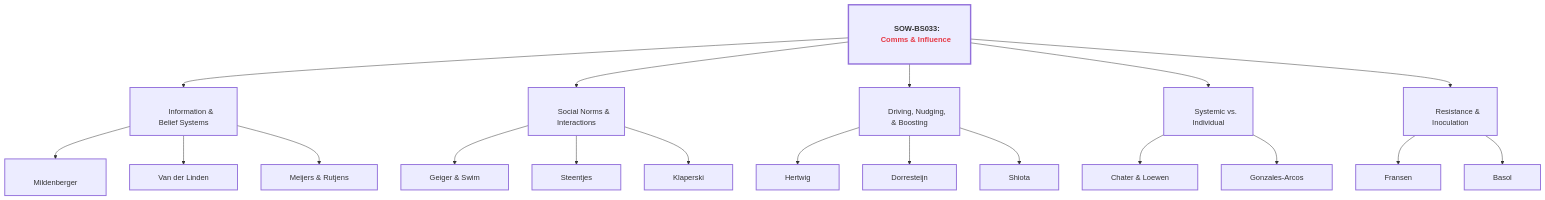
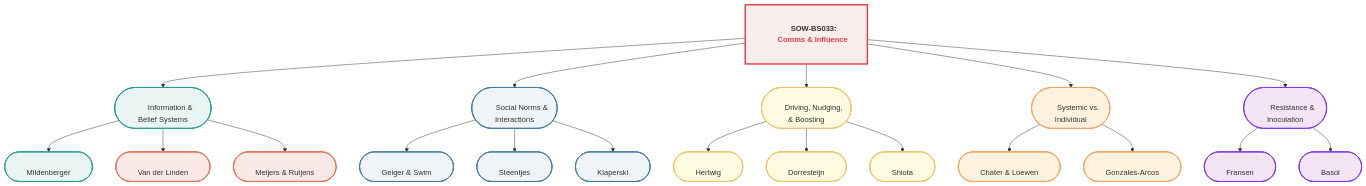
One commit to GM024/CourseSummaries changed the first of 3 diagrams in Communication_Influence/Mastery_Guide_SOW_BS033.md. Above: the diagram before and after it, drawn with Mermaid. The commit also changed other lines of this file, not shown here.

Commit message:
Update Mastery Guide: Add color-coded diagrams, click-down glossaries, and expand weeks 4-6

````diff
--- a/Communication_Influence/Mastery_Guide_SOW_BS033.md
+++ b/Communication_Influence/Mastery_Guide_SOW_BS033.md
@@ -15,30 +15,35 @@
 ```mermaid
 %%{init: { 'flowchart': { 'padding': 30, 'useMaxWidth': false, 'htmlLabels': true }, 'theme': 'neutral', 'themeVariables': { 'fontSize': '12px', 'fontFamily': '-apple-system,BlinkMacSystemFont,"Segoe UI",Helvetica,Arial,sans-serif' }}}%%
 graph TD
-    classDef sandbox stroke-width:2px;
-    classDef hub stroke-width:3px,font-weight:bold;
+    classDef hub fill:#f8edeb,stroke:#e63946,stroke-width:3px,font-weight:bold;
+    classDef week1 fill:#e9f5f2,stroke:#2a9d8f,stroke-width:2px;
+    classDef week2 fill:#eef4f7,stroke:#457b9d,stroke-width:2px;
+    classDef week3 fill:#fefae0,stroke:#e9c46a,stroke-width:2px;
+    classDef week4 fill:#fff3e0,stroke:#f4a261,stroke-width:2px;
+    classDef week5 fill:#fbe9e7,stroke:#e76f51,stroke-width:2px;
+    classDef week6 fill:#f3e5f5,stroke:#8338ec,stroke-width:2px;
 
-    A["<br/>&nbsp;&nbsp;&nbsp;&nbsp;&nbsp;&nbsp; SOW-BS033:<br/>&nbsp;&nbsp;&nbsp;&nbsp;&nbsp;&nbsp; <span style='color:#e63946'><b>Comms & Influence</b></span> &nbsp;&nbsp;&nbsp;&nbsp;&nbsp;&nbsp;<br/>"]:::hub --> B["<br/>&nbsp;&nbsp;&nbsp;&nbsp;&nbsp;&nbsp; Information &<br/>&nbsp;&nbsp;&nbsp;&nbsp;&nbsp;&nbsp; Belief Systems &nbsp;&nbsp;&nbsp;&nbsp;&nbsp;&nbsp;<br/>"]:::sandbox
-    A --> C["<br/>&nbsp;&nbsp;&nbsp;&nbsp;&nbsp;&nbsp; Social Norms &<br/>&nbsp;&nbsp;&nbsp;&nbsp;&nbsp;&nbsp; Interactions &nbsp;&nbsp;&nbsp;&nbsp;&nbsp;&nbsp;<br/>"]:::sandbox
-    A --> D["<br/>&nbsp;&nbsp;&nbsp;&nbsp;&nbsp;&nbsp; Driving, Nudging,<br/>&nbsp;&nbsp;&nbsp;&nbsp;&nbsp;&nbsp; & Boosting &nbsp;&nbsp;&nbsp;&nbsp;&nbsp;&nbsp;<br/>"]:::sandbox
-    A --> E["<br/>&nbsp;&nbsp;&nbsp;&nbsp;&nbsp;&nbsp; Systemic vs.<br/>&nbsp;&nbsp;&nbsp;&nbsp;&nbsp;&nbsp; Individual &nbsp;&nbsp;&nbsp;&nbsp;&nbsp;&nbsp;<br/>"]:::sandbox
-    A --> F["<br/>&nbsp;&nbsp;&nbsp;&nbsp;&nbsp;&nbsp; Resistance &<br/>&nbsp;&nbsp;&nbsp;&nbsp;&nbsp;&nbsp; Inoculation &nbsp;&nbsp;&nbsp;&nbsp;&nbsp;&nbsp;<br/>"]:::sandbox
+    A["<br/>&nbsp;&nbsp;&nbsp;&nbsp;&nbsp;&nbsp; SOW-BS033:<br/>&nbsp;&nbsp;&nbsp;&nbsp;&nbsp;&nbsp; <span style='color:#e63946'><b>Comms & Influence</b></span> &nbsp;&nbsp;&nbsp;&nbsp;&nbsp;&nbsp;<br/>"]:::hub --> B(["<br/>&nbsp;&nbsp;&nbsp;&nbsp;&nbsp;&nbsp; Information &<br/>&nbsp;&nbsp;&nbsp;&nbsp;&nbsp;&nbsp; Belief Systems &nbsp;&nbsp;&nbsp;&nbsp;&nbsp;&nbsp;<br/>"]):::week1
+    A --> C(["<br/>&nbsp;&nbsp;&nbsp;&nbsp;&nbsp;&nbsp; Social Norms &<br/>&nbsp;&nbsp;&nbsp;&nbsp;&nbsp;&nbsp; Interactions &nbsp;&nbsp;&nbsp;&nbsp;&nbsp;&nbsp;<br/>"]):::week2
+    A --> D(["<br/>&nbsp;&nbsp;&nbsp;&nbsp;&nbsp;&nbsp; Driving, Nudging,<br/>&nbsp;&nbsp;&nbsp;&nbsp;&nbsp;&nbsp; & Boosting &nbsp;&nbsp;&nbsp;&nbsp;&nbsp;&nbsp;<br/>"]):::week3
+    A --> E(["<br/>&nbsp;&nbsp;&nbsp;&nbsp;&nbsp;&nbsp; Systemic vs.<br/>&nbsp;&nbsp;&nbsp;&nbsp;&nbsp;&nbsp; Individual &nbsp;&nbsp;&nbsp;&nbsp;&nbsp;&nbsp;<br/>"]):::week4
+    A --> F(["<br/>&nbsp;&nbsp;&nbsp;&nbsp;&nbsp;&nbsp; Resistance &<br/>&nbsp;&nbsp;&nbsp;&nbsp;&nbsp;&nbsp; Inoculation &nbsp;&nbsp;&nbsp;&nbsp;&nbsp;&nbsp;<br/>"]):::week6
 
-    B --> B1["<br/>&nbsp;&nbsp;&nbsp;&nbsp;&nbsp;&nbsp; Mildenberger &nbsp;&nbsp;&nbsp;&nbsp;&nbsp;&nbsp;<br/>"]:::sandbox
-    B --> B2["&nbsp;&nbsp;&nbsp;&nbsp;&nbsp;&nbsp; Van der Linden &nbsp;&nbsp;&nbsp;&nbsp;&nbsp;&nbsp;"]:::sandbox
-    B --> B3["&nbsp;&nbsp;&nbsp;&nbsp;&nbsp;&nbsp; Meijers & Rutjens &nbsp;&nbsp;&nbsp;&nbsp;&nbsp;&nbsp;"]:::sandbox
+    B --> B1(["<br/>&nbsp;&nbsp;&nbsp;&nbsp;&nbsp;&nbsp; Mildenberger &nbsp;&nbsp;&nbsp;&nbsp;&nbsp;&nbsp;<br/>"]):::week1
+    B --> B2(["<br/>&nbsp;&nbsp;&nbsp;&nbsp;&nbsp;&nbsp; Van der Linden &nbsp;&nbsp;&nbsp;&nbsp;&nbsp;&nbsp;<br/>"]):::week5
+    B --> B3(["<br/>&nbsp;&nbsp;&nbsp;&nbsp;&nbsp;&nbsp; Meijers & Rutjens &nbsp;&nbsp;&nbsp;&nbsp;&nbsp;&nbsp;<br/>"]):::week5
 
-    C --> C1["&nbsp;&nbsp;&nbsp;&nbsp;&nbsp;&nbsp; Geiger & Swim &nbsp;&nbsp;&nbsp;&nbsp;&nbsp;&nbsp;"]:::sandbox
-    C --> C2["&nbsp;&nbsp;&nbsp;&nbsp;&nbsp;&nbsp; Steentjes &nbsp;&nbsp;&nbsp;&nbsp;&nbsp;&nbsp;"]:::sandbox
-    C --> C3["&nbsp;&nbsp;&nbsp;&nbsp;&nbsp;&nbsp; Klaperski &nbsp;&nbsp;&nbsp;&nbsp;&nbsp;&nbsp;"]:::sandbox
+    C --> C1(["<br/>&nbsp;&nbsp;&nbsp;&nbsp;&nbsp;&nbsp; Geiger & Swim &nbsp;&nbsp;&nbsp;&nbsp;&nbsp;&nbsp;<br/>"]):::week2
+    C --> C2(["<br/>&nbsp;&nbsp;&nbsp;&nbsp;&nbsp;&nbsp; Steentjes &nbsp;&nbsp;&nbsp;&nbsp;&nbsp;&nbsp;<br/>"]):::week2
+    C --> C3(["<br/>&nbsp;&nbsp;&nbsp;&nbsp;&nbsp;&nbsp; Klaperski &nbsp;&nbsp;&nbsp;&nbsp;&nbsp;&nbsp;<br/>"]):::week2
 
-    D --> D1["&nbsp;&nbsp;&nbsp;&nbsp;&nbsp;&nbsp; Hertwig &nbsp;&nbsp;&nbsp;&nbsp;&nbsp;&nbsp;"]:::sandbox
-    D --> D2["&nbsp;&nbsp;&nbsp;&nbsp;&nbsp;&nbsp; Dorresteijn &nbsp;&nbsp;&nbsp;&nbsp;&nbsp;&nbsp;"]:::sandbox
-    D --> D3["&nbsp;&nbsp;&nbsp;&nbsp;&nbsp;&nbsp; Shiota &nbsp;&nbsp;&nbsp;&nbsp;&nbsp;&nbsp;"]:::sandbox
+    D --> D1(["<br/>&nbsp;&nbsp;&nbsp;&nbsp;&nbsp;&nbsp; Hertwig &nbsp;&nbsp;&nbsp;&nbsp;&nbsp;&nbsp;<br/>"]):::week3
+    D --> D2(["<br/>&nbsp;&nbsp;&nbsp;&nbsp;&nbsp;&nbsp; Dorresteijn &nbsp;&nbsp;&nbsp;&nbsp;&nbsp;&nbsp;<br/>"]):::week3
+    D --> D3(["<br/>&nbsp;&nbsp;&nbsp;&nbsp;&nbsp;&nbsp; Shiota &nbsp;&nbsp;&nbsp;&nbsp;&nbsp;&nbsp;<br/>"]):::week3
 
-    E --> E1["&nbsp;&nbsp;&nbsp;&nbsp;&nbsp;&nbsp; Chater & Loewen &nbsp;&nbsp;&nbsp;&nbsp;&nbsp;&nbsp;"]:::sandbox
-    E --> E2["&nbsp;&nbsp;&nbsp;&nbsp;&nbsp;&nbsp; Gonzales-Arcos &nbsp;&nbsp;&nbsp;&nbsp;&nbsp;&nbsp;"]:::sandbox
+    E --> E1(["<br/>&nbsp;&nbsp;&nbsp;&nbsp;&nbsp;&nbsp; Chater & Loewen &nbsp;&nbsp;&nbsp;&nbsp;&nbsp;&nbsp;<br/>"]):::week4
+    E --> E2(["<br/>&nbsp;&nbsp;&nbsp;&nbsp;&nbsp;&nbsp; Gonzales-Arcos &nbsp;&nbsp;&nbsp;&nbsp;&nbsp;&nbsp;<br/>"]):::week4
 
-    F --> F1["&nbsp;&nbsp;&nbsp;&nbsp;&nbsp;&nbsp; Fransen &nbsp;&nbsp;&nbsp;&nbsp;&nbsp;&nbsp;"]:::sandbox
-    F --> F2["&nbsp;&nbsp;&nbsp;&nbsp;&nbsp;&nbsp; Basol &nbsp;&nbsp;&nbsp;&nbsp;&nbsp;&nbsp;"]:::sandbox
+    F --> F1(["<br/>&nbsp;&nbsp;&nbsp;&nbsp;&nbsp;&nbsp; Fransen &nbsp;&nbsp;&nbsp;&nbsp;&nbsp;&nbsp;<br/>"]):::week6
+    F --> F2(["<br/>&nbsp;&nbsp;&nbsp;&nbsp;&nbsp;&nbsp; Basol &nbsp;&nbsp;&nbsp;&nbsp;&nbsp;&nbsp;<br/>"]):::week6
 ```
````
